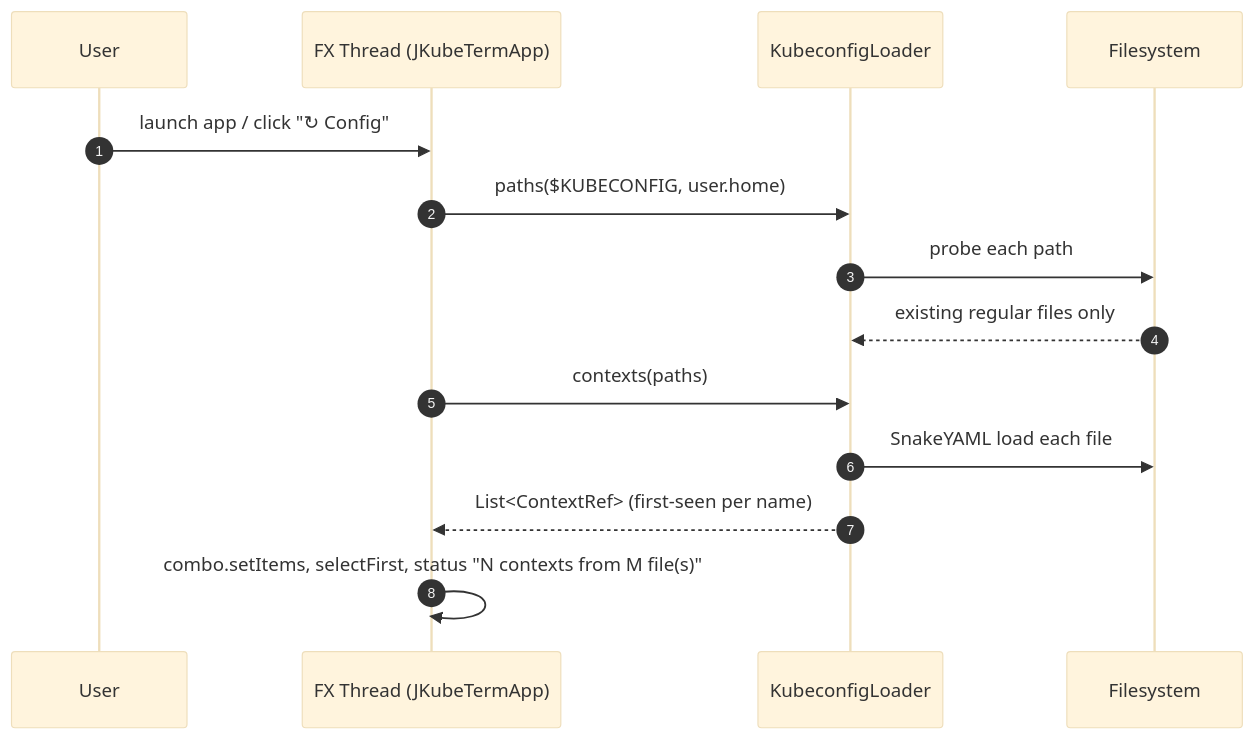
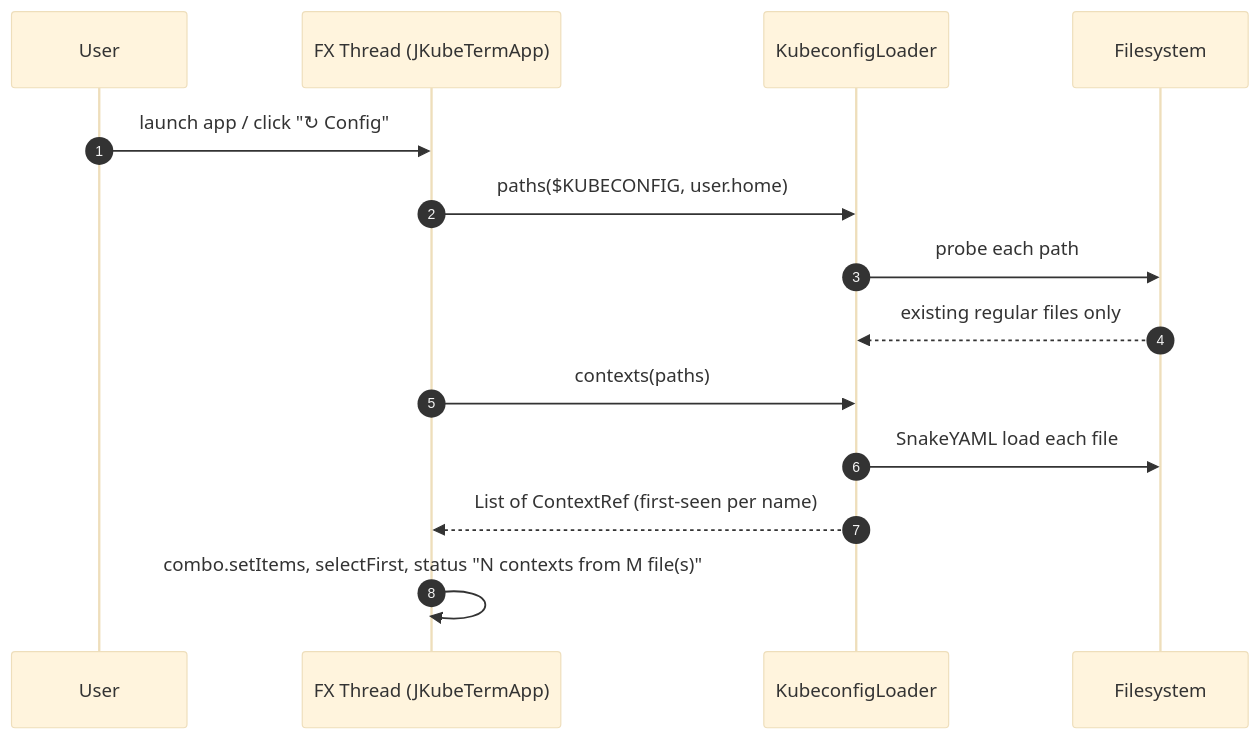
One commit to kotenev/JKubeTerm changed the second of 13 diagrams in docs/architecture/data-flow.md. Above: the diagram before and after it, drawn with Mermaid (base theme). The commit also changed other lines of this file and 5 other files, not shown here.

````diff
--- a/docs/architecture/data-flow.md
+++ b/docs/architecture/data-flow.md
@@ -34,16 +34,16 @@
 ```mermaid
 sequenceDiagram
   autonumber
   participant U as User
   participant FX as FX Thread (JKubeTermApp)
   participant KL as KubeconfigLoader
   participant FS as Filesystem
   U->>FX: launch app / click "↻ Config"
   FX->>KL: paths($KUBECONFIG, user.home)
   KL->>FS: probe each path
   FS-->>KL: existing regular files only
   FX->>KL: contexts(paths)
   KL->>FS: SnakeYAML load each file
-  KL-->>FX: List<ContextRef> (first-seen per name)
+  KL-->>FX: List of ContextRef (first-seen per name)
   FX->>FX: combo.setItems, selectFirst, status "N contexts from M file(s)"
 ```
````
